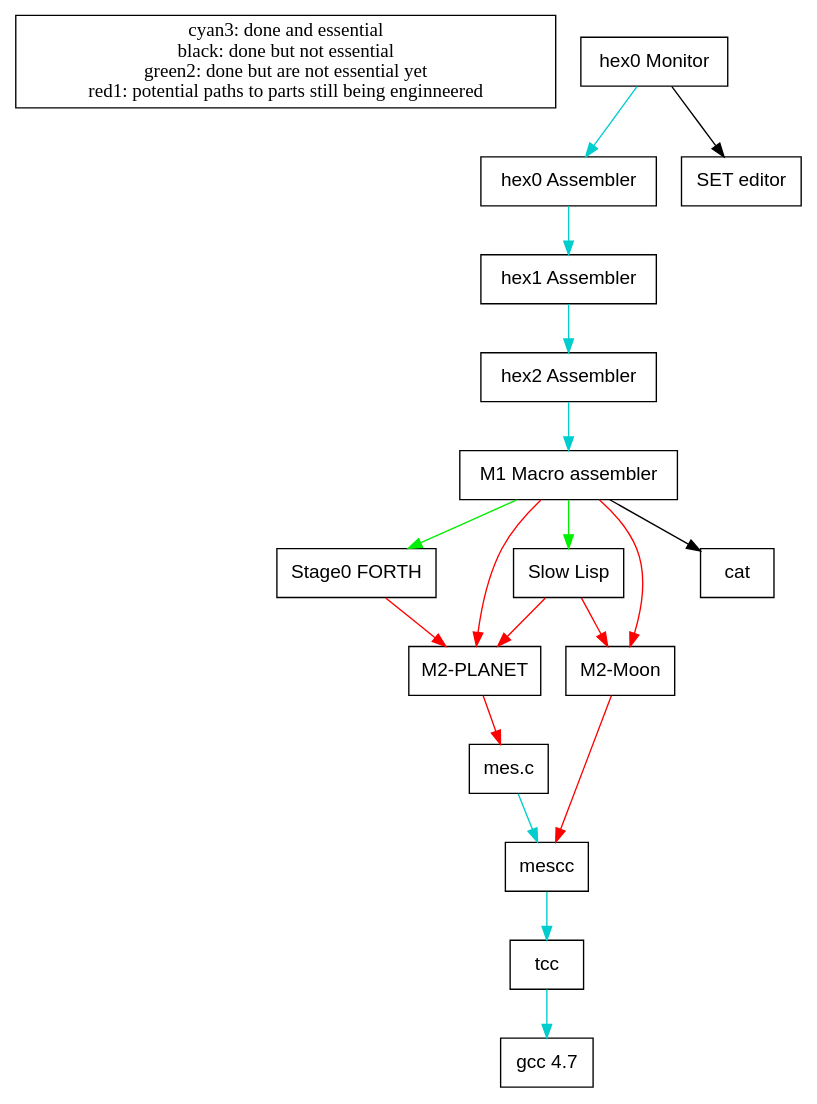
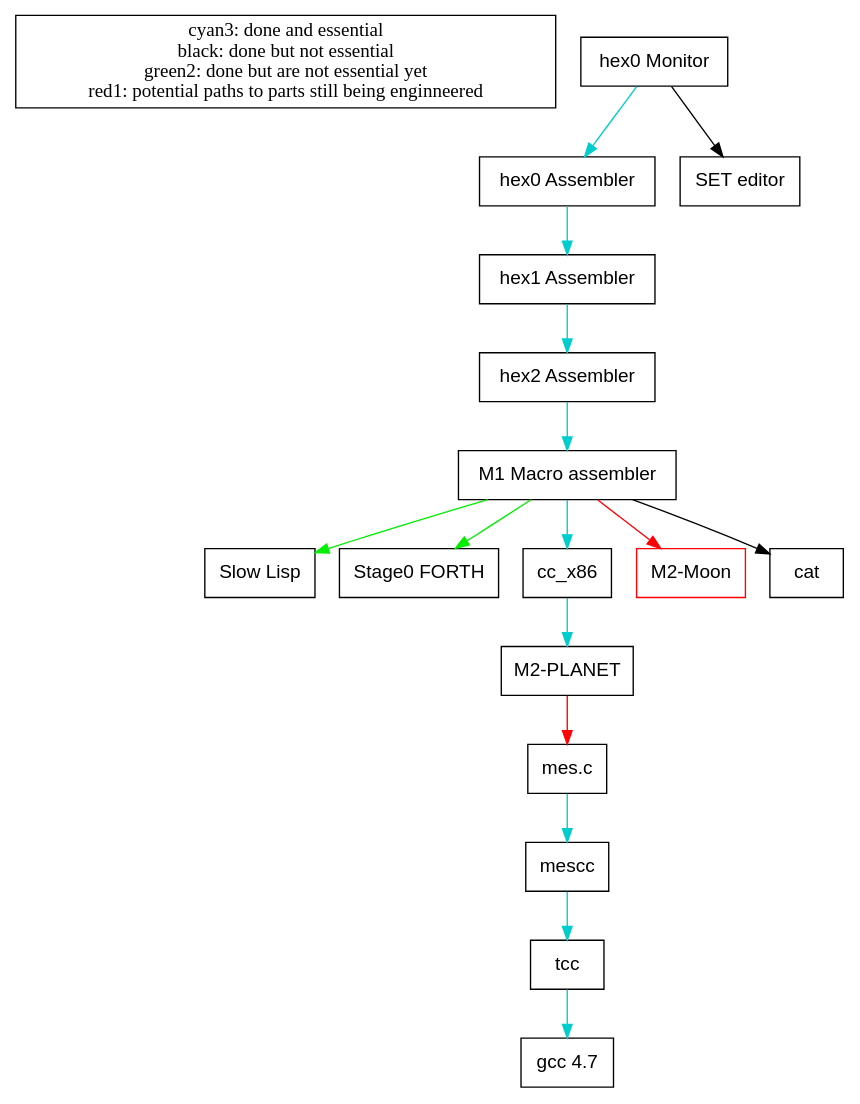
One commit to oriansj/talk-notes changed the diagram in Current bootstrap map.dot. Above: the diagram before and after it, drawn with Graphviz.

Commit message:
Updated to recent state

```diff
--- a/Current bootstrap map.dot
+++ b/Current bootstrap map.dot
@@ -1,39 +1,37 @@
 digraph "Current bootstrap Map" {
 	"NULL"  [label = "cyan3: done and essential\nblack: done but not essential\ngreen2: done but are not essential yet\nred1: potential paths to parts still being enginneered", shape = box];
 
 	"hex0-monitor" [label = "hex0 Monitor", shape = box, fontname = Helvetica];
 	"hex0-assembler" [label = "hex0 Assembler", shape = box, fontname = Helvetica];
 	"hex1-assembler" [label = "hex1 Assembler", shape = box, fontname = Helvetica];
 	"hex2-assembler" [label = "hex2 Assembler", shape = box, fontname = Helvetica];
 	"M1-Macro" [label = "M1 Macro assembler", shape = box, fontname = Helvetica];
 	"Slow_Lisp" [label = "Slow Lisp", shape = box, fontname = Helvetica];
 	"Stage0-FORTH" [label = "Stage0 FORTH", shape = box, fontname = Helvetica];
+	"cc_x86" [label = "cc_x86", shape = box, fontname = Helvetica];
 	"M2-Planet" [label = "M2-PLANET", shape = box, fontname = Helvetica];
-	"M2-Moon" [label = "M2-Moon", shape = box, fontname = Helvetica];
+	"M2-Moon" [label = "M2-Moon", color = red, shape = box, fontname = Helvetica];
 	"mes.c" [label = "mes.c", shape = box, fontname = Helvetica];
 	"mescc" [label = "mescc", shape = box, fontname = Helvetica];
 	"tcc" [label = "tcc", shape = box, fontname = Helvetica];
 	"gcc_4.7" [label = "gcc 4.7", shape = box, fontname = Helvetica];
 
 	"cat" [label = "cat", shape = box, fontname = Helvetica];
 	"SET" [label = "SET editor", shape = box, fontname = Helvetica];
 
 	"hex0-monitor" -> "SET" [color = black];
 	"hex0-monitor" -> "hex0-assembler" [color = cyan3];
 	"hex0-assembler" -> "hex1-assembler" [color = cyan3];
 	"hex1-assembler" -> "hex2-assembler" [color = cyan3];
 	"hex2-assembler" -> "M1-Macro" [color = cyan3];
 	"M1-Macro" -> "cat" [color = black];
 	"M1-Macro" -> "Slow_Lisp" [color = green2];
 	"M1-Macro" -> "Stage0-FORTH" [color = green2];
-	"M1-Macro" -> "M2-Planet" [color = red1];
+	"M1-Macro" -> "cc_x86" [color = cyan3];
+	"cc_x86" -> "M2-Planet" [color = cyan3];
 	"M1-Macro" -> "M2-Moon" [color = red1];
-	"Slow_Lisp" -> "M2-Planet" [color = red1];
-	"Slow_Lisp" -> "M2-Moon" [color = red1];
-	"Stage0-FORTH" -> "M2-Planet" [color = red1];
 	"M2-Planet" -> "mes.c" [color = red1];
-	"M2-Moon" -> "mescc" [color = red1];
 	"mes.c" -> "mescc" [color = cyan3];
 	"mescc" -> "tcc" [color = cyan3];
 	"tcc" -> "gcc_4.7" [color = cyan3];
 }
```
